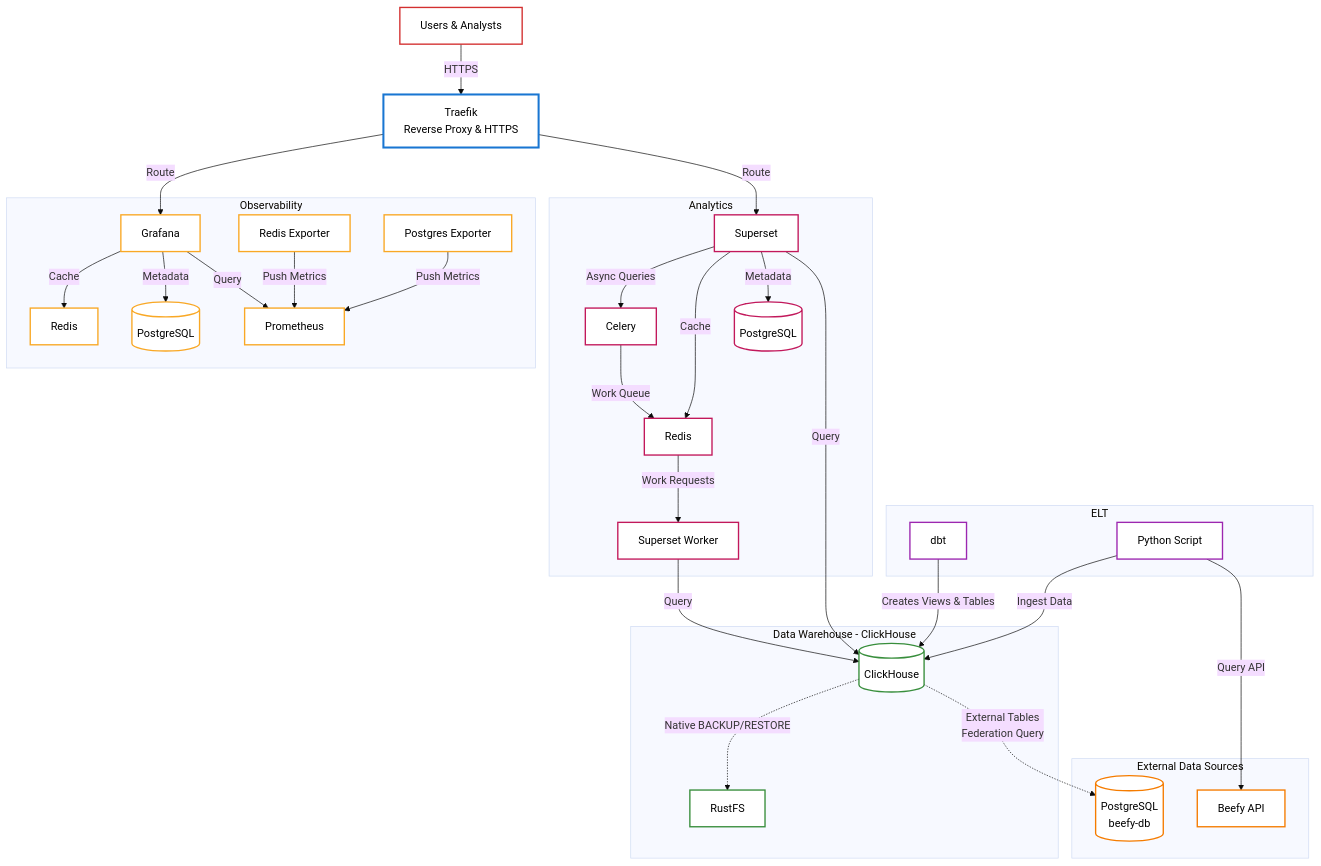
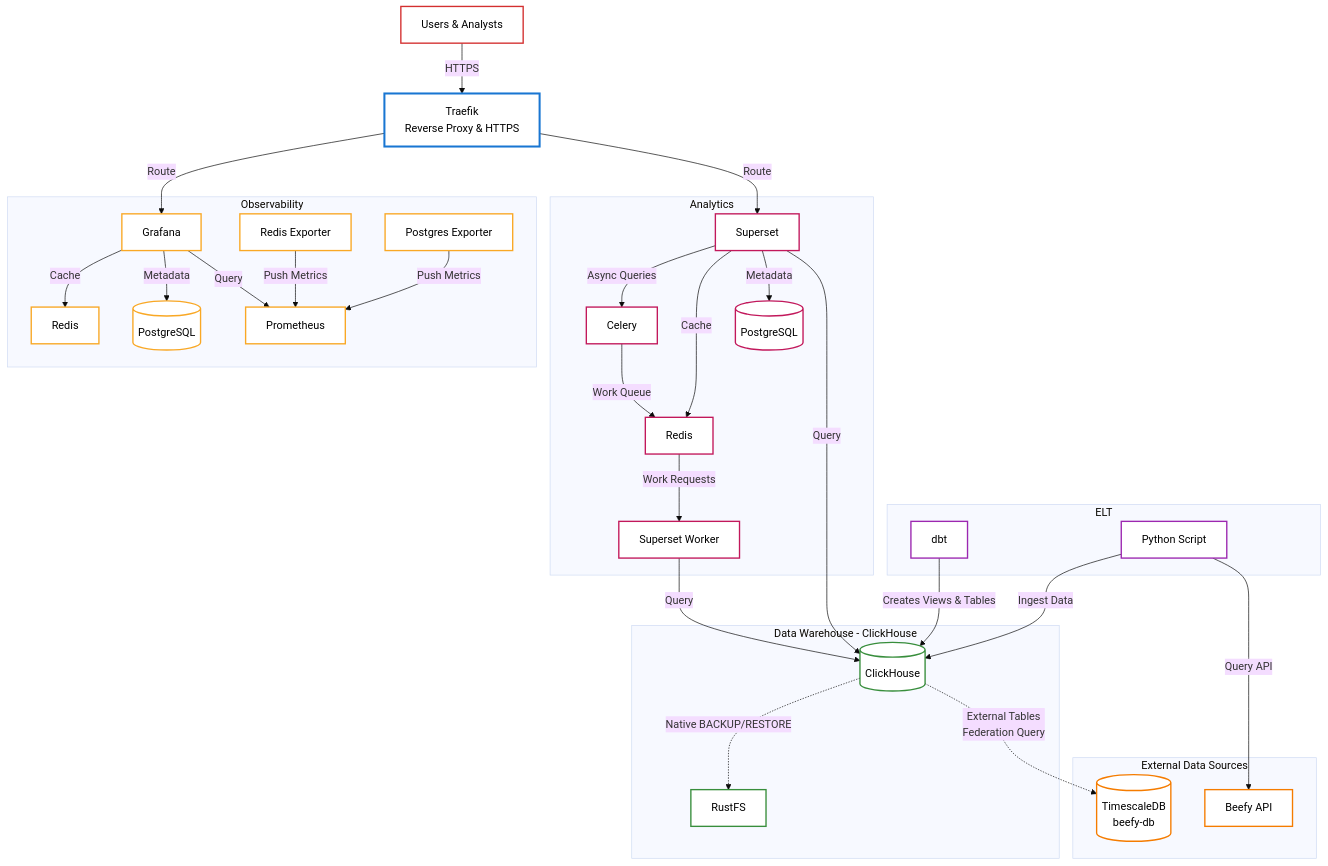
One commit to beefyfinance/beefy-databarn changed the first of 2 diagrams in README.md. Above: the diagram before and after it, drawn with Mermaid (base theme). The commit also changed other lines of this file and 13 other files, not shown here.

First line of the commit message:
Read remaining beefy-db tables from Timescale only

```diff
--- a/README.md
+++ b/README.md
@@ -29,7 +29,7 @@
     
     %% External Data Sources
     subgraph EXT["External Data Sources"]
-        BEEFY_DB[(PostgreSQL<br/>beefy-db)]
+        BEEFY_DB[(TimescaleDB<br/>beefy-db)]
         BEEFY_API[Beefy API]
     end
     
```
